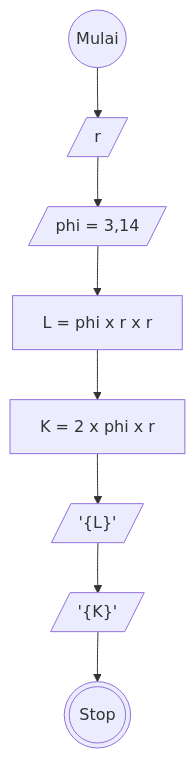
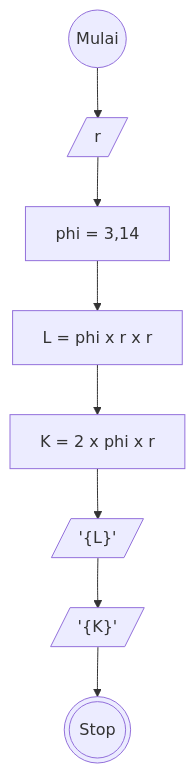
The diagram in luas-dan-keliling.md (MuhamadRafliShidiq/koda-b8-algoritma), drawn with Mermaid before and after one commit.

````diff
--- a/luas-dan-keliling.md
+++ b/luas-dan-keliling.md
@@ -21,22 +21,22 @@
 ```mermaid
 
     flowchart TD
 
     a@{ shape: circle, label: "Mulai" }
     b@{ shape: lean-r, label: " r" }
-    c@{ shape: lean-r, label: "phi = 3,14" }
+    c@{ shape: rect, label: "phi = 3,14" }
     d@{ shape: rect, label: "L = phi x r x r " }
     e@{ shape: rect, label: "K = 2 x phi x r " }
     f@{ shape: lean-r, label: "'{L}'" }
     g@{ shape: lean-r, label: "'{K}'" }
     h@{ shape: dbl-circ, label: "Stop" }
 
     a --> b
     b --> c
     c --> d
     d --> e
     e --> f
     f --> g
     g --> h
 
 ```
````
